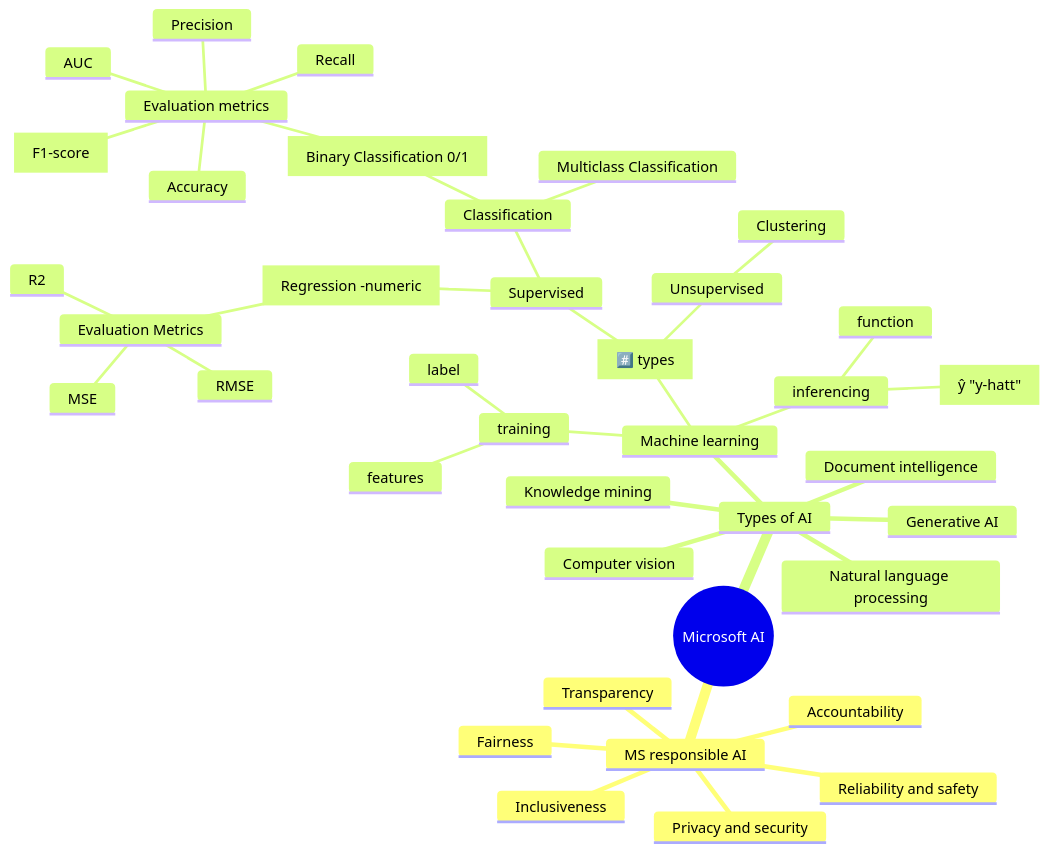
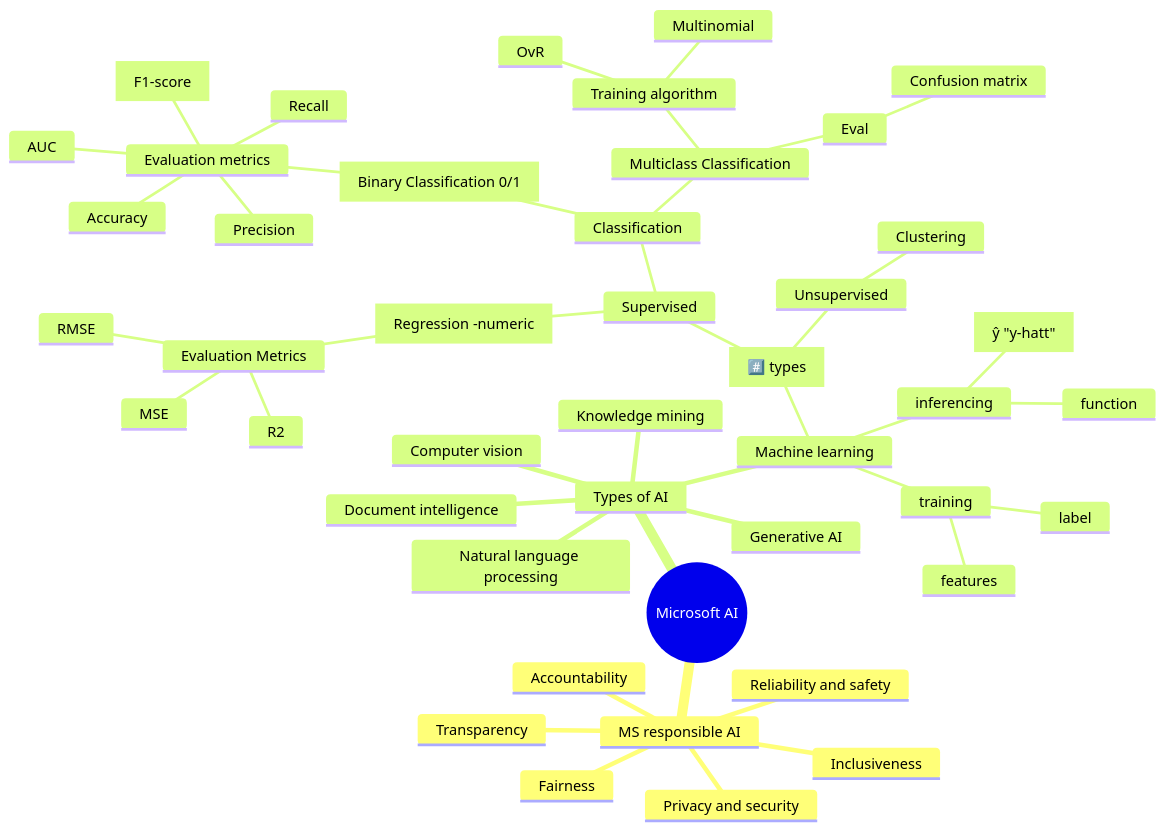
One commit to gitstua/Mindmaps changed the diagram in azure-ai-fundamentals.md. Above: the diagram before and after it, drawn with Mermaid.

````diff
--- a/azure-ai-fundamentals.md
+++ b/azure-ai-fundamentals.md
@@ -5,43 +5,48 @@
 ```mermaid
 mindmap
   root((Microsoft AI))
     MS responsible AI
       Fairness
       Reliability and safety
       Privacy and security
       Inclusiveness
       Transparency
       Accountability  
     Types of AI
       Machine learning
         [#️⃣ types]
           Supervised
             [Regression -numeric]
               Evaluation Metrics
                 MSE
                 RMSE
                 R2
             Classification
               [Binary Classification 0/1]
                 Evaluation metrics
                   Accuracy
                   Recall
                   Precision
                   [F1-score]
                   AUC
               Multiclass Classification
+                Training algorithm
+                  OvR
+                  Multinomial
+                Eval
+                  Confusion matrix
           Unsupervised
             Clustering
         training
           features
           label
         inferencing
           function
           [ŷ "y-hatt"]
       Computer vision
       Natural language processing
       Document intelligence
       Knowledge mining
       Generative AI
       
 ```
````
